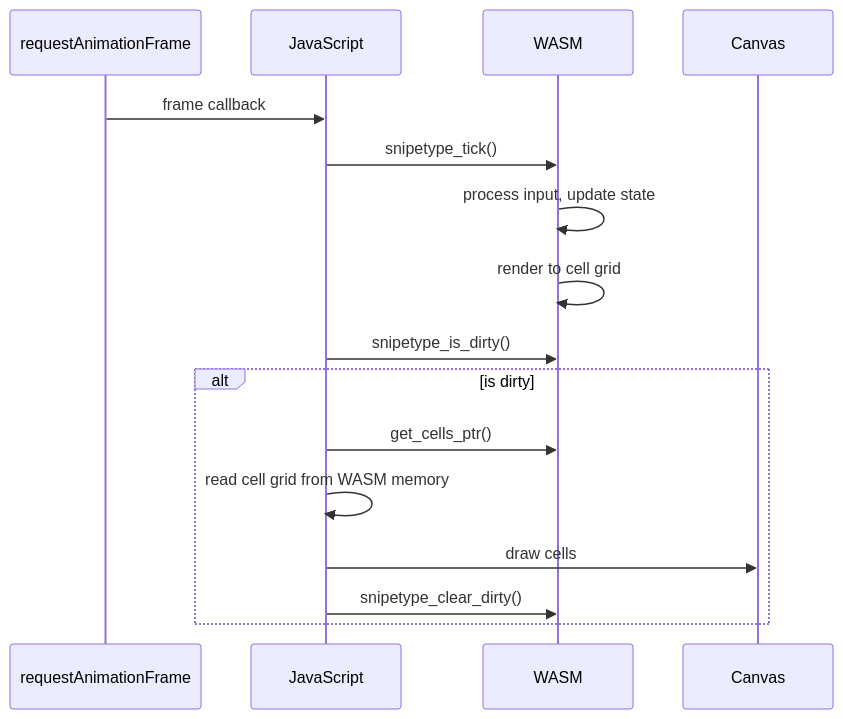
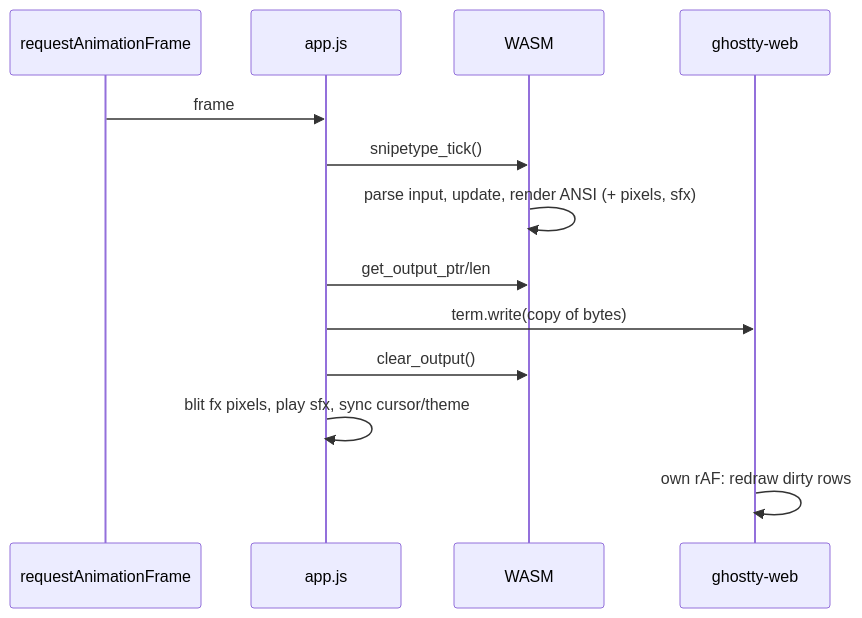
Before and after one commit to snipeship/snipetype: the second of 2 diagrams in docs/web.md, drawn with Mermaid. The commit also changed other lines of this file and 157 other files, not shown here.

````diff
--- a/docs/web.md
+++ b/docs/web.md
@@ -112,19 +272,16 @@
 ```mermaid
 sequenceDiagram
     participant RAF as requestAnimationFrame
-    participant JS as JavaScript
+    participant JS as app.js
     participant WASM as WASM
-    participant Canvas as Canvas
+    participant GW as ghostty-web
 
-    RAF->>JS: frame callback
+    RAF->>JS: frame
     JS->>WASM: snipetype_tick()
-    WASM->>WASM: process input, update state
-    WASM->>WASM: render to cell grid
-    JS->>WASM: snipetype_is_dirty()
-    alt is dirty
-        JS->>WASM: get_cells_ptr()
-        JS->>JS: read cell grid from WASM memory
-        JS->>Canvas: draw cells
-        JS->>WASM: snipetype_clear_dirty()
-    end
+    WASM->>WASM: parse input, update, render ANSI (+ pixels, sfx)
+    JS->>WASM: get_output_ptr/len
+    JS->>GW: term.write(copy of bytes)
+    JS->>WASM: clear_output()
+    JS->>JS: blit fx pixels, play sfx, sync cursor/theme
+    GW->>GW: own rAF: redraw dirty rows
 ```
````
